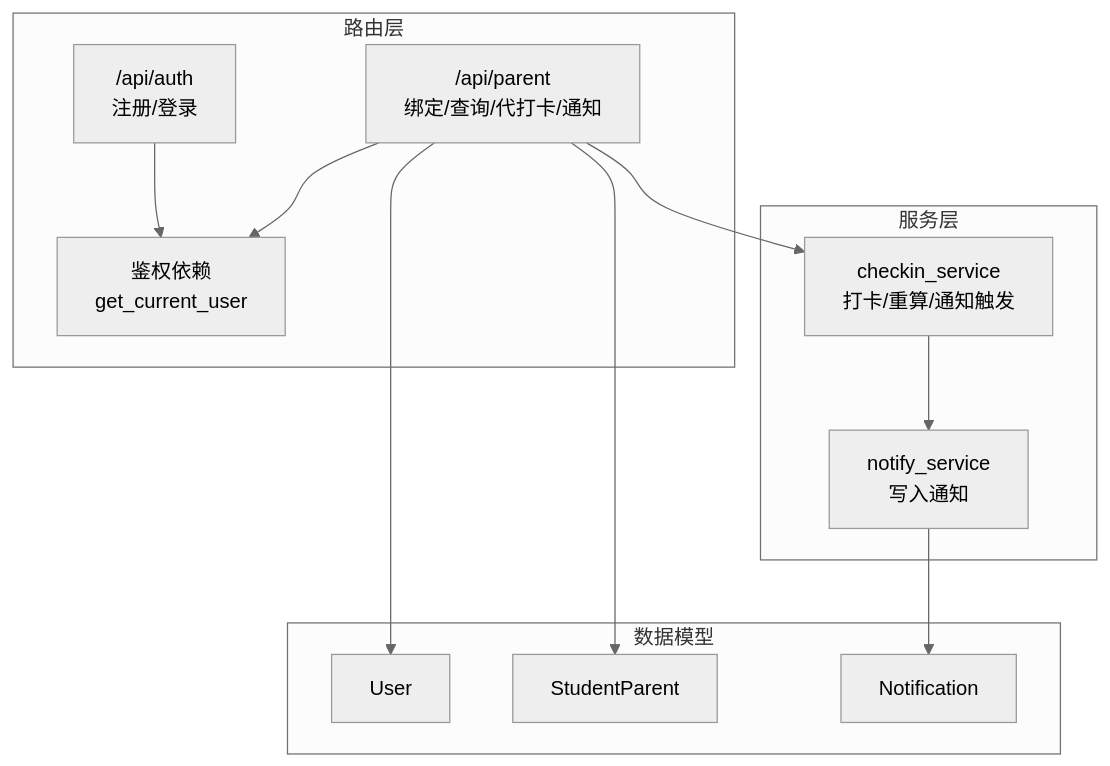
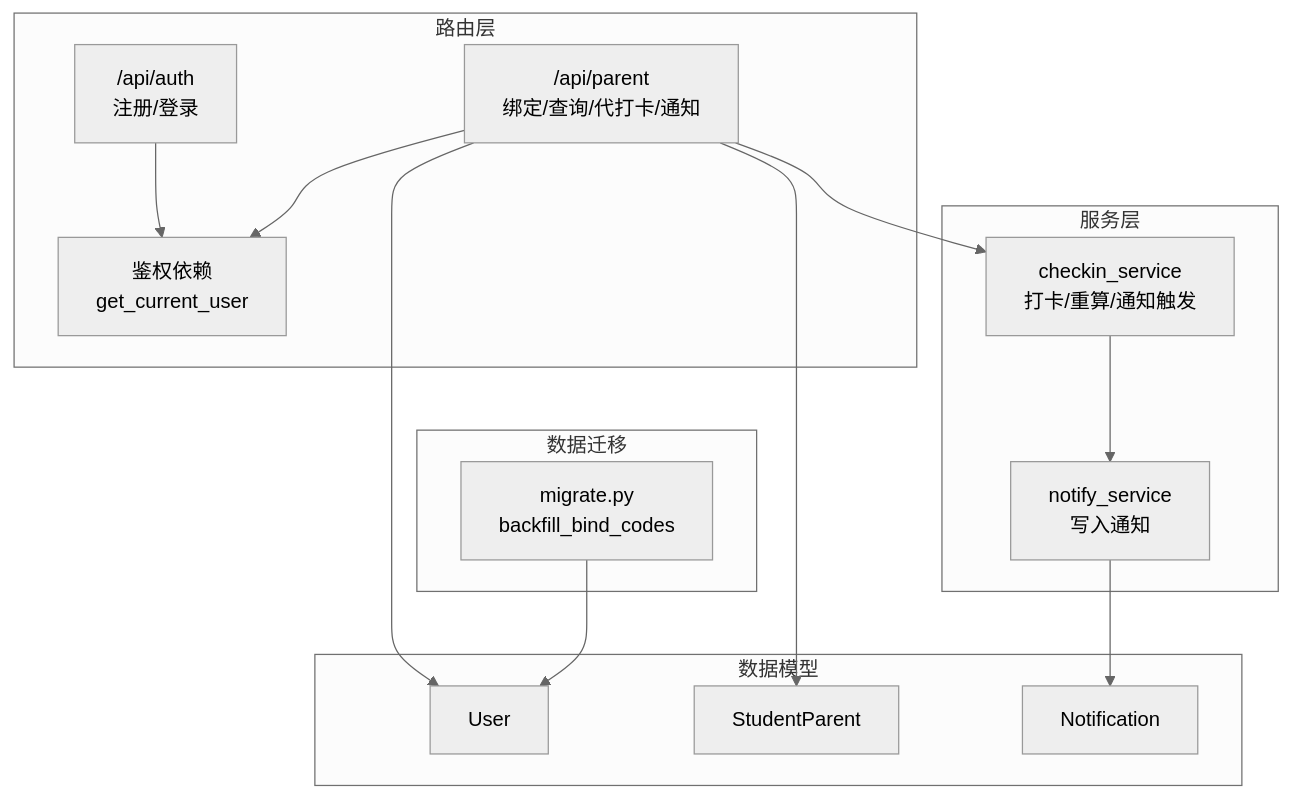
The first of 5 diagrams in .qoder/repowiki/zh/content/API接口文档/家长绑定接口.md (onebody/homework), drawn with Mermaid (neutral theme) before and after one commit. The commit also changed other lines of this file and 6 other files, not shown here.

````diff
--- a/.qoder/repowiki/zh/content/API接口文档/家长绑定接口.md
+++ b/.qoder/repowiki/zh/content/API接口文档/家长绑定接口.md
@@ -58,21 +70,25 @@
 ```mermaid
 graph TB
 subgraph "路由层"
 A["/api/auth<br/>注册/登录"] --> D["鉴权依赖<br/>get_current_user"]
 B["/api/parent<br/>绑定/查询/代打卡/通知"] --> D
 end
 subgraph "服务层"
 C1["checkin_service<br/>打卡/重算/通知触发"]
 C2["notify_service<br/>写入通知"]
 end
 subgraph "数据模型"
 M1["User"]
 M2["StudentParent"]
 M3["Notification"]
 end
+subgraph "数据迁移"
+N1["migrate.py<br/>backfill_bind_codes"]
+end
 B --> C1
 C1 --> C2
 B --> M2
 B --> M1
 C2 --> M3
+N1 --> M1
 ```
````
